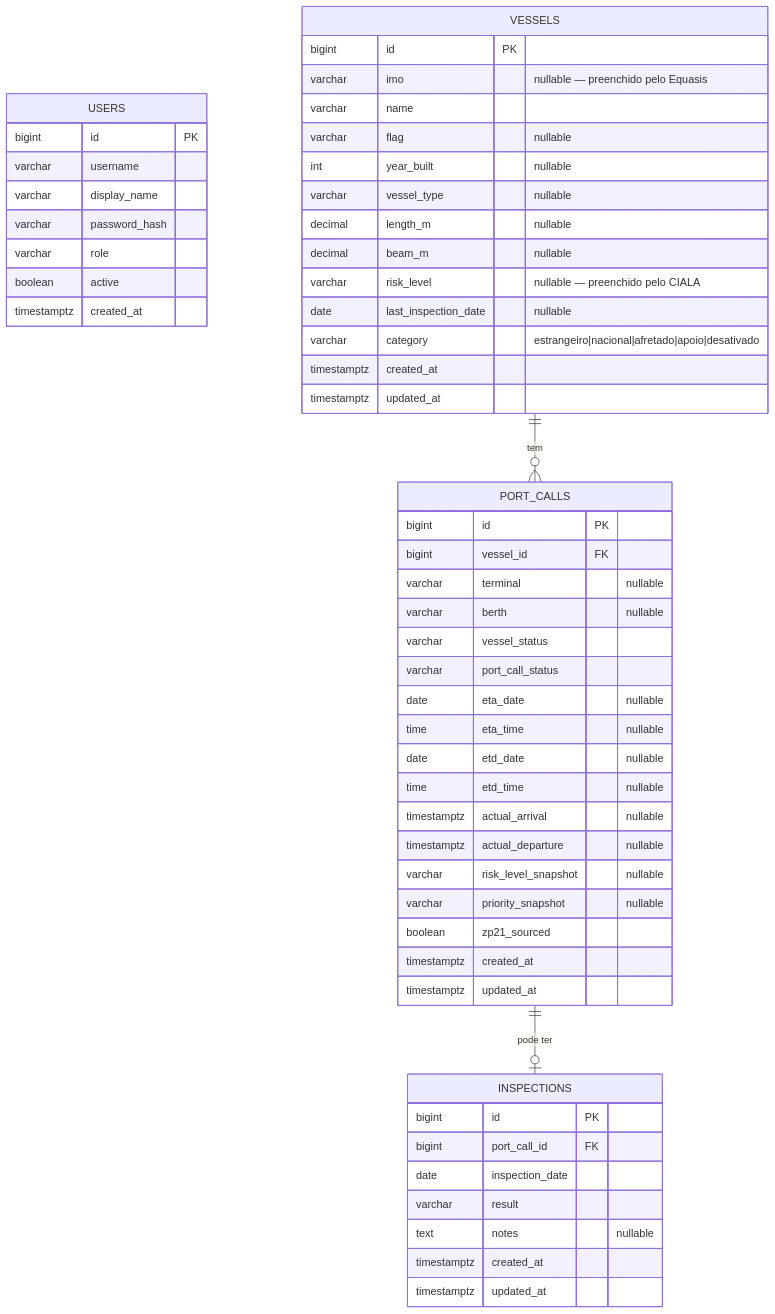
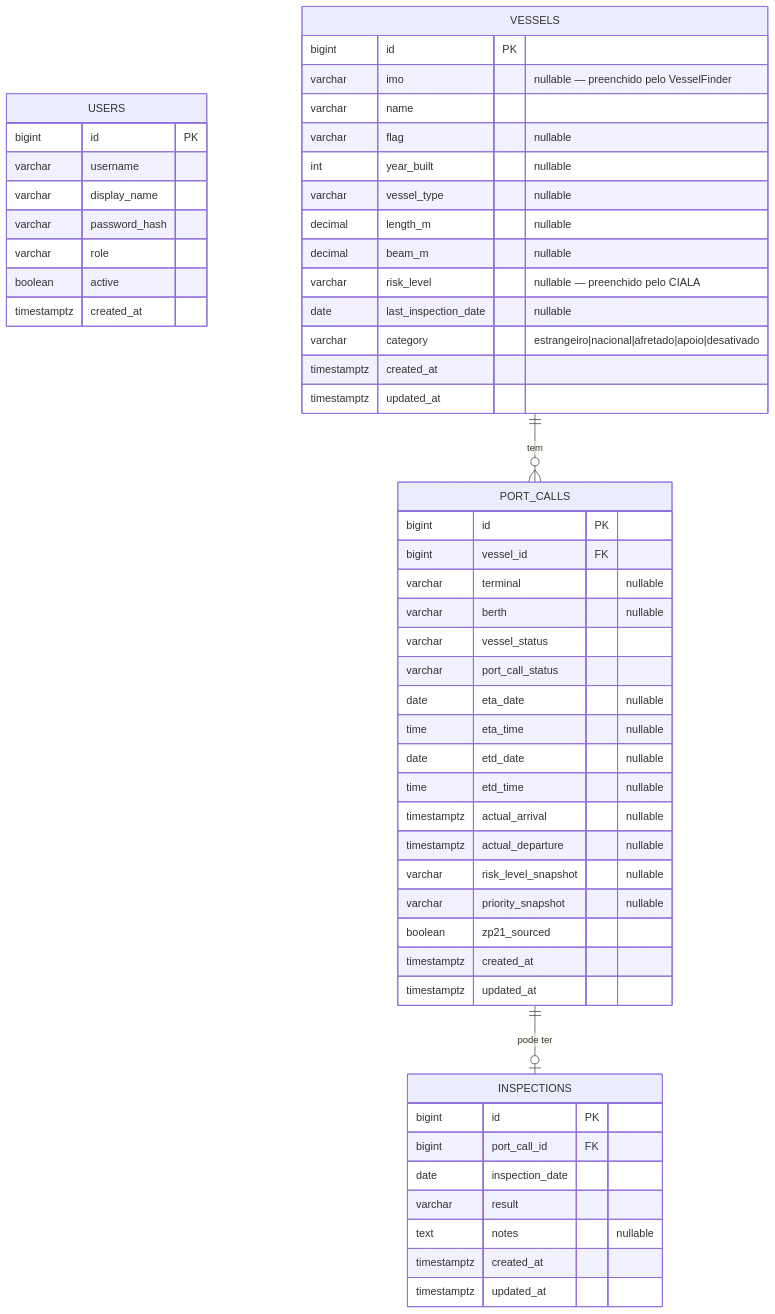
The third of 3 diagrams in README.md (marcusteixeirabr/psc-gvi), drawn with Mermaid before and after one commit. The commit also changed other lines of this file and 1 other file, not shown here.

Commit message:
Documenta regra R8 (cooldown de terminal) e filtro de LOA na busca VesselFinder
Registra em regras.md duas especificações pendentes de implementação:
R8 (bloqueio de re-atracação no mesmo terminal em 2 dias) e o uso de
minLength/maxLength na busca por IMO. Corrige nomenclatura desatualizada
"Equasis" -> "VesselFinder" no README, já que o scraper real sempre foi
o VesselFinder.

````diff
--- a/README.md
+++ b/README.md
@@ -168,61 +168,61 @@
 ```mermaid
 erDiagram
     USERS {
         bigint id PK
         varchar username
         varchar display_name
         varchar password_hash
         varchar role
         boolean active
         timestamptz created_at
     }
 
     VESSELS {
         bigint id PK
-        varchar imo "nullable — preenchido pelo Equasis"
+        varchar imo "nullable — preenchido pelo VesselFinder"
         varchar name
         varchar flag "nullable"
         int year_built "nullable"
         varchar vessel_type "nullable"
         decimal length_m "nullable"
         decimal beam_m "nullable"
         varchar risk_level "nullable — preenchido pelo CIALA"
         date last_inspection_date "nullable"
         varchar category "estrangeiro|nacional|afretado|apoio|desativado"
         timestamptz created_at
         timestamptz updated_at
     }
 
     PORT_CALLS {
         bigint id PK
         bigint vessel_id FK
         varchar terminal "nullable"
         varchar berth "nullable"
         varchar vessel_status
         varchar port_call_status
         date eta_date "nullable"
         time eta_time "nullable"
         date etd_date "nullable"
         time etd_time "nullable"
         timestamptz actual_arrival "nullable"
         timestamptz actual_departure "nullable"
         varchar risk_level_snapshot "nullable"
         varchar priority_snapshot "nullable"
         boolean zp21_sourced
         timestamptz created_at
         timestamptz updated_at
     }
 
     INSPECTIONS {
         bigint id PK
         bigint port_call_id FK
         date inspection_date
         varchar result
         text notes "nullable"
         timestamptz created_at
         timestamptz updated_at
     }
 
     VESSELS ||--o{ PORT_CALLS : "tem"
     PORT_CALLS ||--o| INSPECTIONS : "pode ter"
 ```
````
